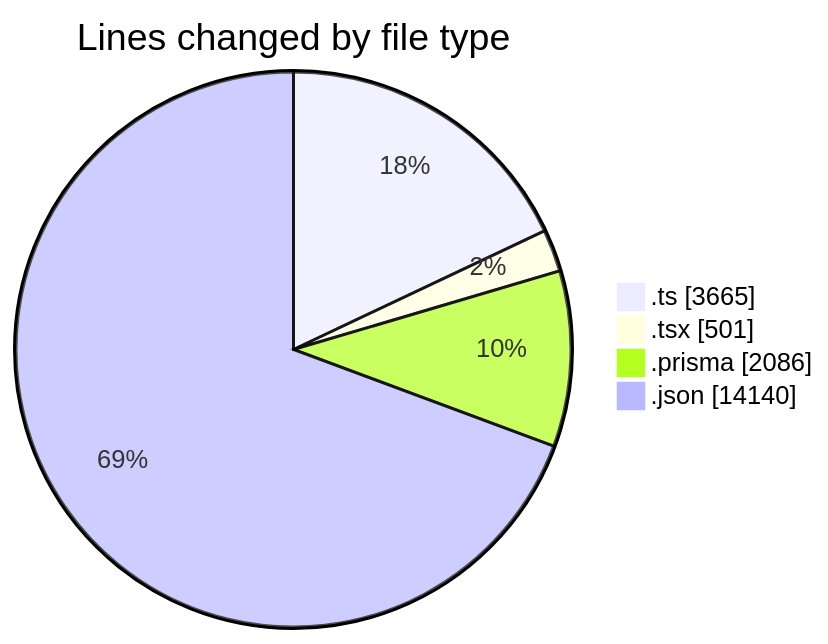
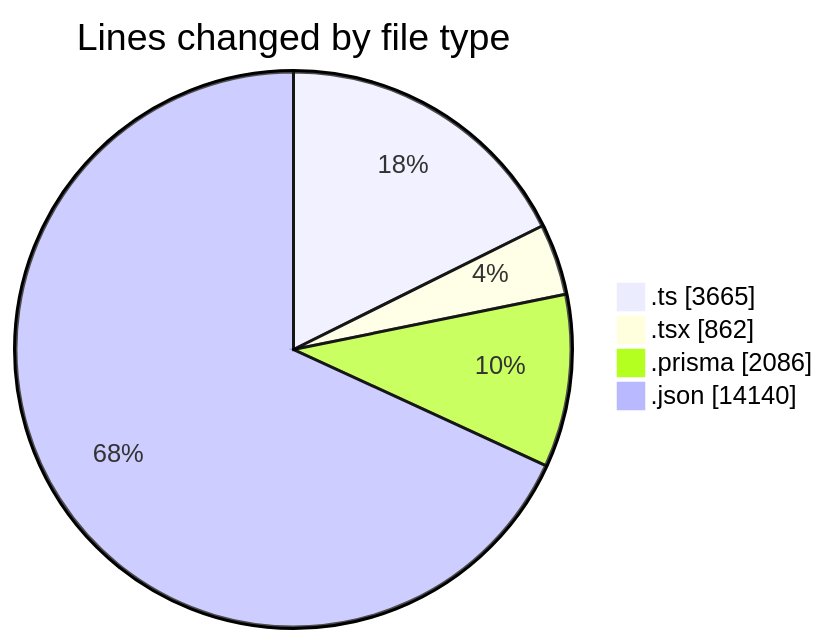
One commit to CELIANVF/code-tracking changed the first of 2 diagrams in 2025-05-19/ecodeli-1/README.md. Above: the diagram before and after it, drawn with Mermaid. The commit also changed other lines of this file and 1 other file, not shown here.

````diff
--- a/2025-05-19/ecodeli-1/README.md
+++ b/2025-05-19/ecodeli-1/README.md
@@ -31,8 +32,8 @@
 ```mermaid
 pie showData
 title Lines changed by file type
 ".ts" : 3665
-".tsx" : 501
+".tsx" : 862
 ".prisma" : 2086
 ".json" : 14140
 ```
````
